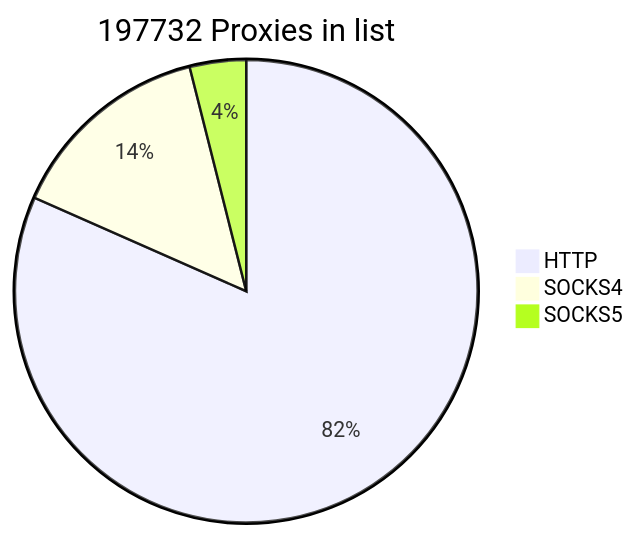
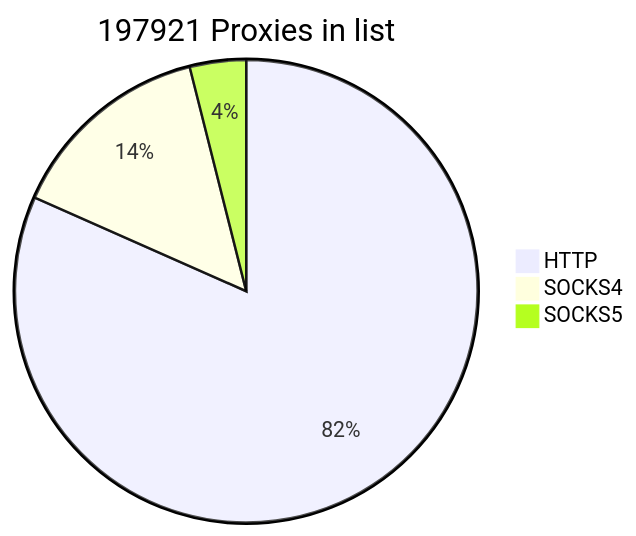
Before and after one commit to cutipu/proxylist: the first of 2 diagrams in README.md, drawn with Mermaid. The commit also changed other lines of this file, not shown here.

````diff
--- a/README.md
+++ b/README.md
@@ -2,7 +2,7 @@
 ```mermaid
-pie title 197732 Proxies in list
-    "HTTP" : 161390
-    "SOCKS4" : 28558
+pie title 197921 Proxies in list
+    "HTTP" : 161568
+    "SOCKS4" : 28569
     "SOCKS5" : 7784
             
 ```
````
